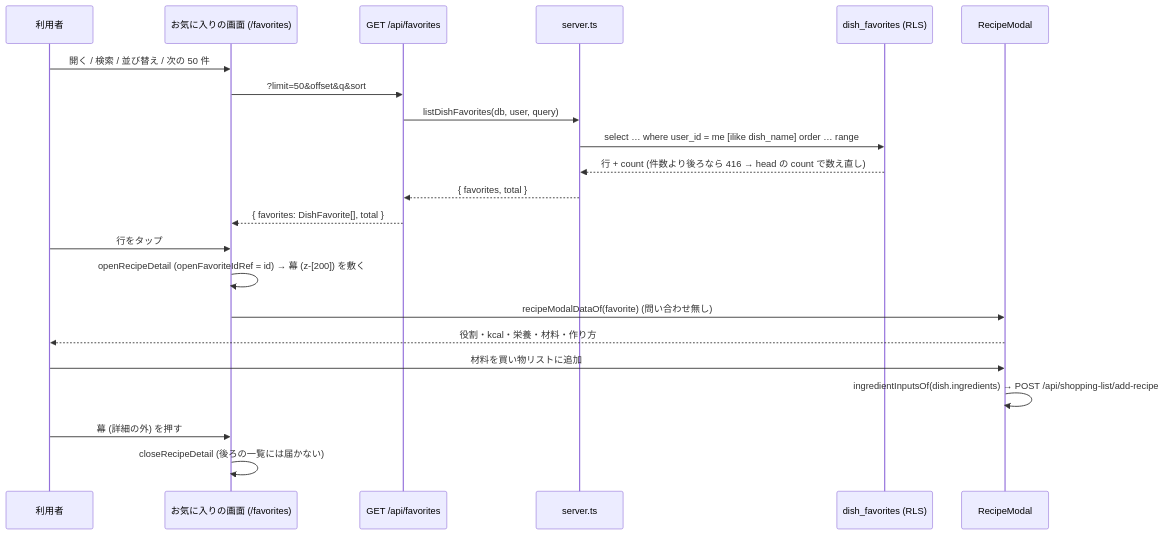
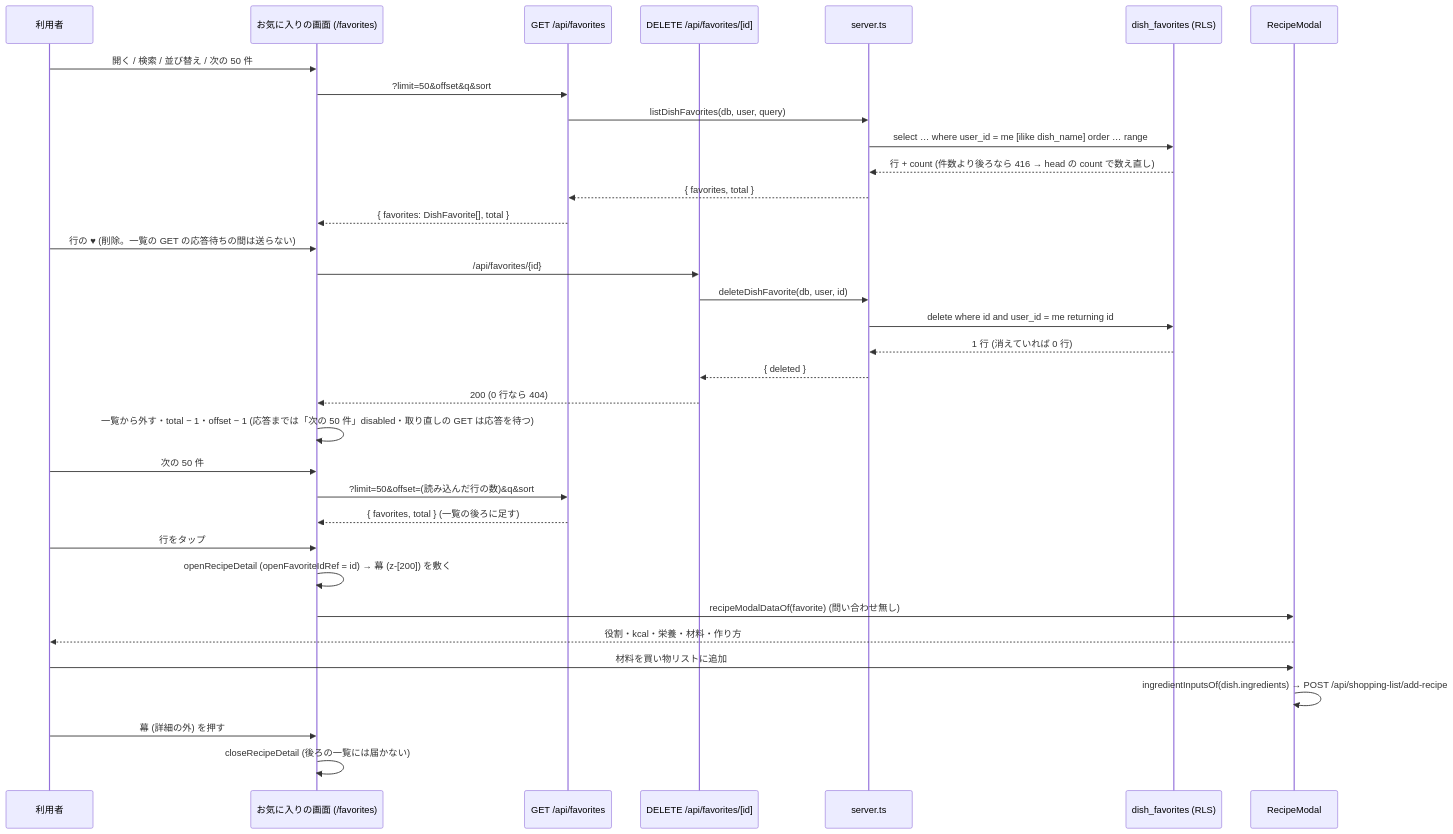
One commit to DaisukeHori/homegohan-app changed the second of 2 diagrams in docs/design/cross/22-dish-favorites.md. Above: the diagram before and after it, drawn with Mermaid. The commit also changed other lines of this file, not shown here.

First line of the commit message:
docs(design): cross/22 — 設計ゲート R5 の修正 (削除のあと次のページの offset を戻す・一覧の GET と削除を重ねない)

````diff
--- a/docs/design/cross/22-dish-favorites.md
+++ b/docs/design/cross/22-dish-favorites.md
@@ -2498,25 +2637,37 @@
 ```mermaid
 sequenceDiagram
     participant U as 利用者
     participant F as お気に入りの画面 (/favorites)
     participant G as GET /api/favorites
+    participant D as DELETE /api/favorites/[id]
     participant M as server.ts
     participant DB as dish_favorites (RLS)
     participant R as RecipeModal
 
     U->>F: 開く / 検索 / 並び替え / 次の 50 件
     F->>G: ?limit=50&offset&q&sort
     G->>M: listDishFavorites(db, user, query)
     M->>DB: select … where user_id = me [ilike dish_name] order … range
     DB-->>M: 行 + count (件数より後ろなら 416 → head の count で数え直し)
     M-->>G: { favorites, total }
     G-->>F: { favorites: DishFavorite[], total }
+    U->>F: 行の ♥ (削除。一覧の GET の応答待ちの間は送らない)
+    F->>D: /api/favorites/{id}
+    D->>M: deleteDishFavorite(db, user, id)
+    M->>DB: delete where id and user_id = me returning id
+    DB-->>M: 1 行 (消えていれば 0 行)
+    M-->>D: { deleted }
+    D-->>F: 200 (0 行なら 404)
+    F->>F: 一覧から外す・total − 1・offset − 1 (応答までは「次の 50 件」disabled・取り直しの GET は応答を待つ)
+    U->>F: 次の 50 件
+    F->>G: ?limit=50&offset=(読み込んだ行の数)&q&sort
+    G-->>F: { favorites, total } (一覧の後ろに足す)
     U->>F: 行をタップ
     F->>F: openRecipeDetail (openFavoriteIdRef = id) → 幕 (z-[200]) を敷く
     F->>R: recipeModalDataOf(favorite) (問い合わせ無し)
     R-->>U: 役割・kcal・栄養・材料・作り方
     U->>R: 材料を買い物リストに追加
     R->>R: ingredientInputsOf(dish.ingredients) → POST /api/shopping-list/add-recipe
     U->>F: 幕 (詳細の外) を押す
     F->>F: closeRecipeDetail (後ろの一覧には届かない)
 ```
````
